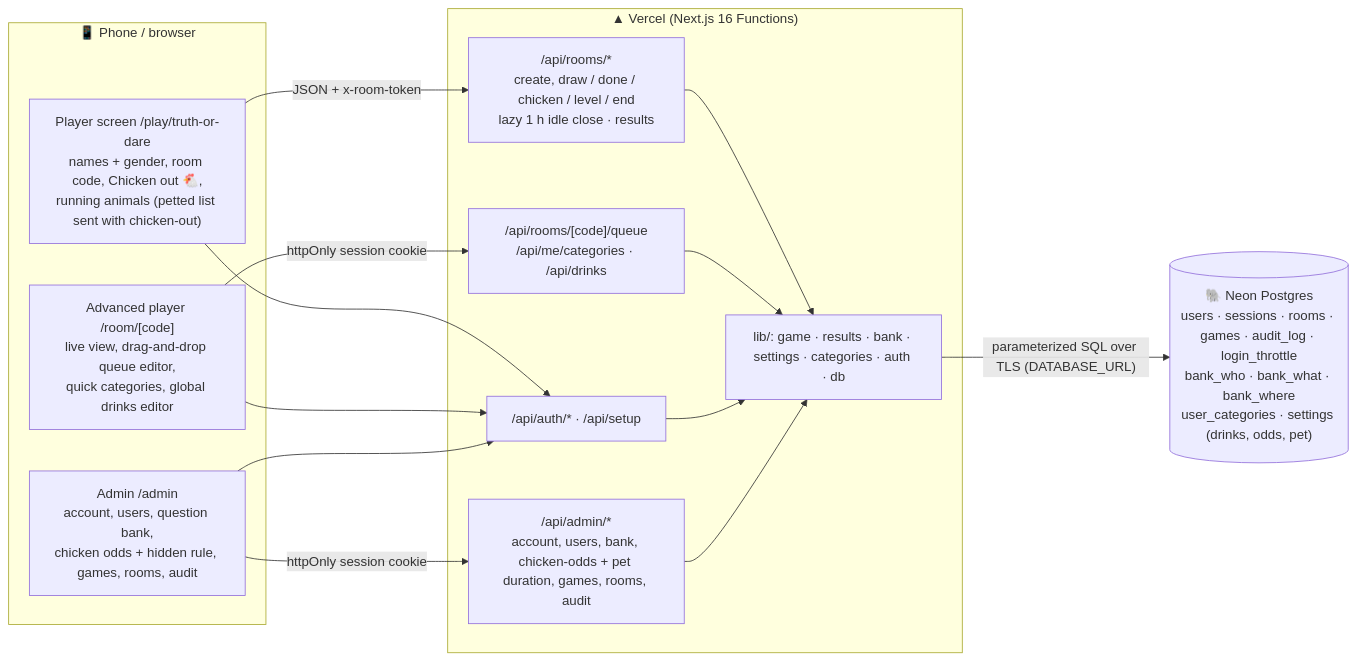
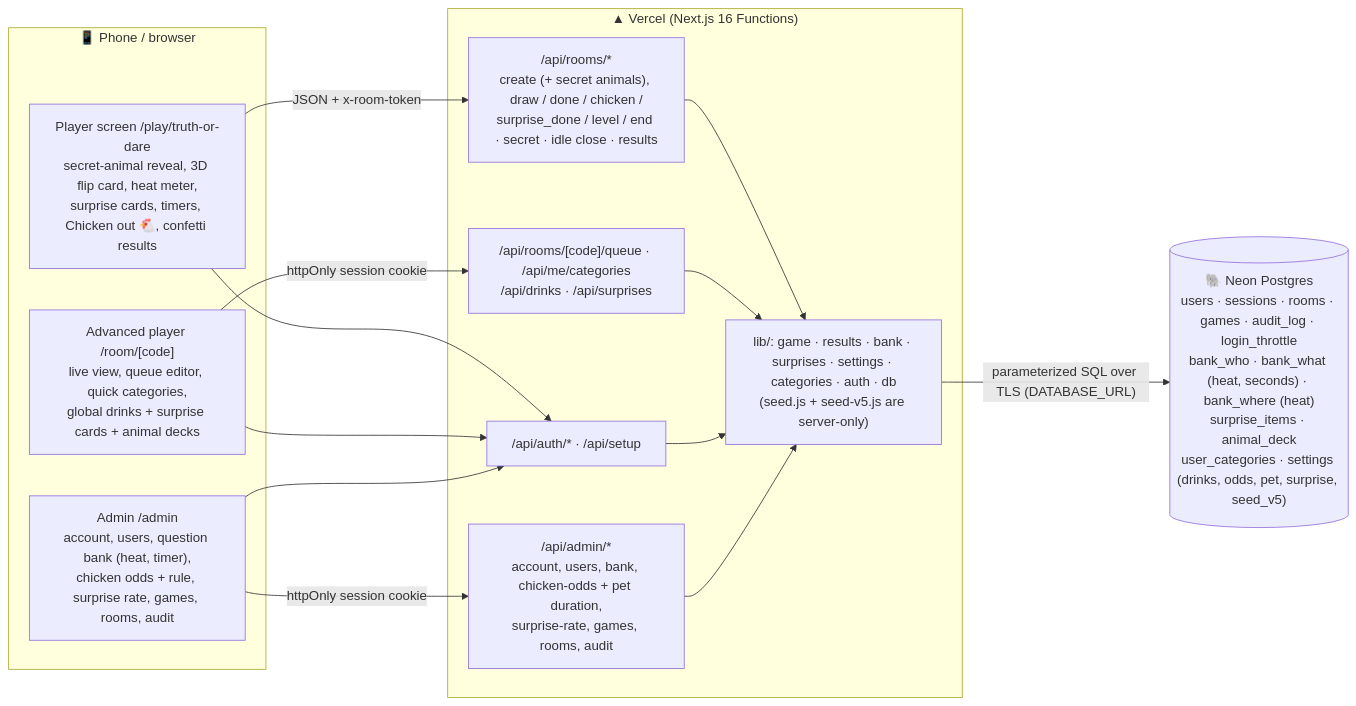
Before and after one commit to chanhinterai-max/party-games: the diagram in ARCHITECTURE.md, drawn with Mermaid. The commit also changed other lines of this file and 27 other files, not shown here.

````diff
--- a/ARCHITECTURE.md
+++ b/ARCHITECTURE.md
@@ -7,22 +7,22 @@
 ```mermaid
 flowchart LR
   subgraph Browser["📱 Phone / browser"]
-    P["Player screen /play/truth-or-dare<br/>names + gender, room code, Chicken out 🐔,<br/>running animals (petted list sent with chicken-out)"]
-    A["Advanced player /room/[code]<br/>live view, drag-and-drop queue editor,<br/>quick categories, global drinks editor"]
-    D["Admin /admin<br/>account, users, question bank,<br/>chicken odds + hidden rule, games, rooms, audit"]
+    P["Player screen /play/truth-or-dare<br/>secret-animal reveal, 3D flip card, heat meter,<br/>surprise cards, timers, Chicken out 🐔, confetti results"]
+    A["Advanced player /room/[code]<br/>live view, queue editor, quick categories,<br/>global drinks + surprise cards + animal decks"]
+    D["Admin /admin<br/>account, users, question bank (heat, timer),<br/>chicken odds + rule, surprise rate, games, rooms, audit"]
   end
   subgraph Vercel["▲ Vercel (Next.js 16 Functions)"]
-    R1["/api/rooms/*<br/>create, draw / done / chicken / level / end<br/>lazy 1 h idle close · results"]
-    R2["/api/rooms/[code]/queue<br/>/api/me/categories · /api/drinks"]
+    R1["/api/rooms/*<br/>create (+ secret animals), draw / done / chicken /<br/>surprise_done / level / end · secret · idle close · results"]
+    R2["/api/rooms/[code]/queue · /api/me/categories<br/>/api/drinks · /api/surprises"]
     R3["/api/auth/* · /api/setup"]
-    R4["/api/admin/*<br/>account, users, bank, chicken-odds + pet duration, games, rooms, audit"]
-    L["lib/: game · results · bank · settings · categories · auth · db"]
+    R4["/api/admin/*<br/>account, users, bank, chicken-odds + pet duration,<br/>surprise-rate, games, rooms, audit"]
+    L["lib/: game · results · bank · surprises · settings · categories · auth · db<br/>(seed.js + seed-v5.js are server-only)"]
   end
-  DB[("🐘 Neon Postgres<br/>users · sessions · rooms · games · audit_log · login_throttle<br/>bank_who · bank_what · bank_where<br/>user_categories · settings (drinks, odds, pet)")]
+  DB[("🐘 Neon Postgres<br/>users · sessions · rooms · games · audit_log · login_throttle<br/>bank_who · bank_what (heat, seconds) · bank_where (heat)<br/>surprise_items · animal_deck<br/>user_categories · settings (drinks, odds, pet, surprise, seed_v5)")]
   P -- "JSON + x-room-token" --> R1
   A -- "httpOnly session cookie" --> R2
   D -- "httpOnly session cookie" --> R4
   P & A & D --> R3
   R1 & R2 & R3 & R4 --> L
   L -- "parameterized SQL over TLS (DATABASE_URL)" --> DB
 ```
````
